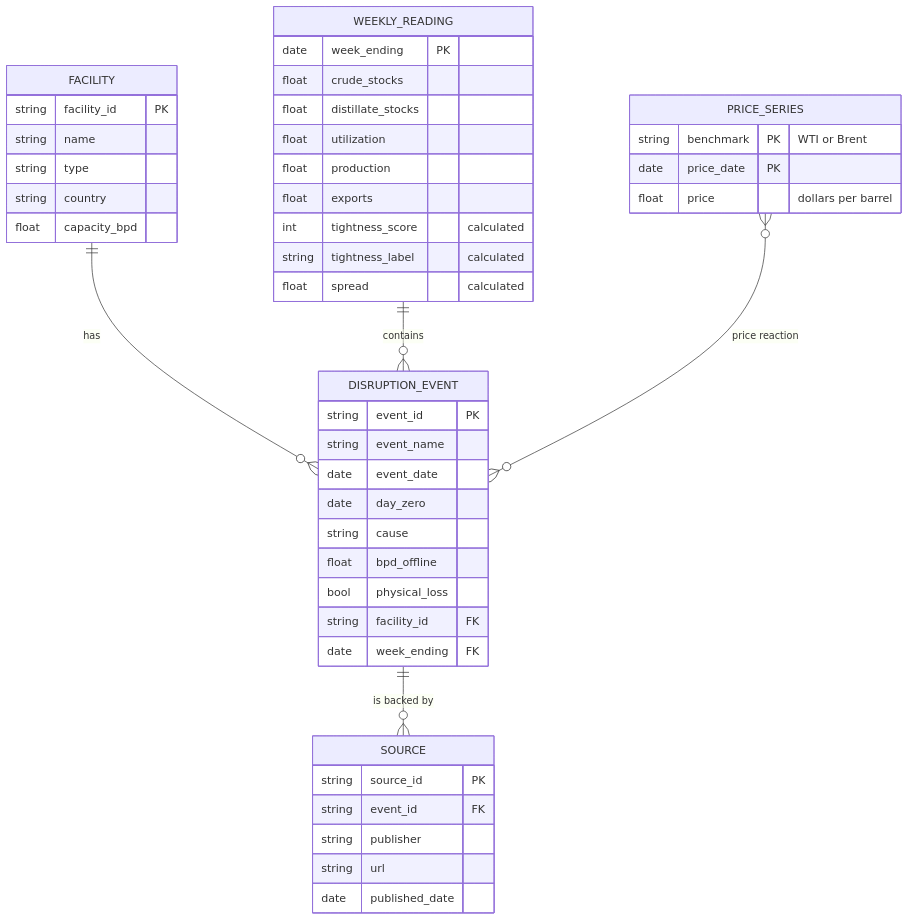
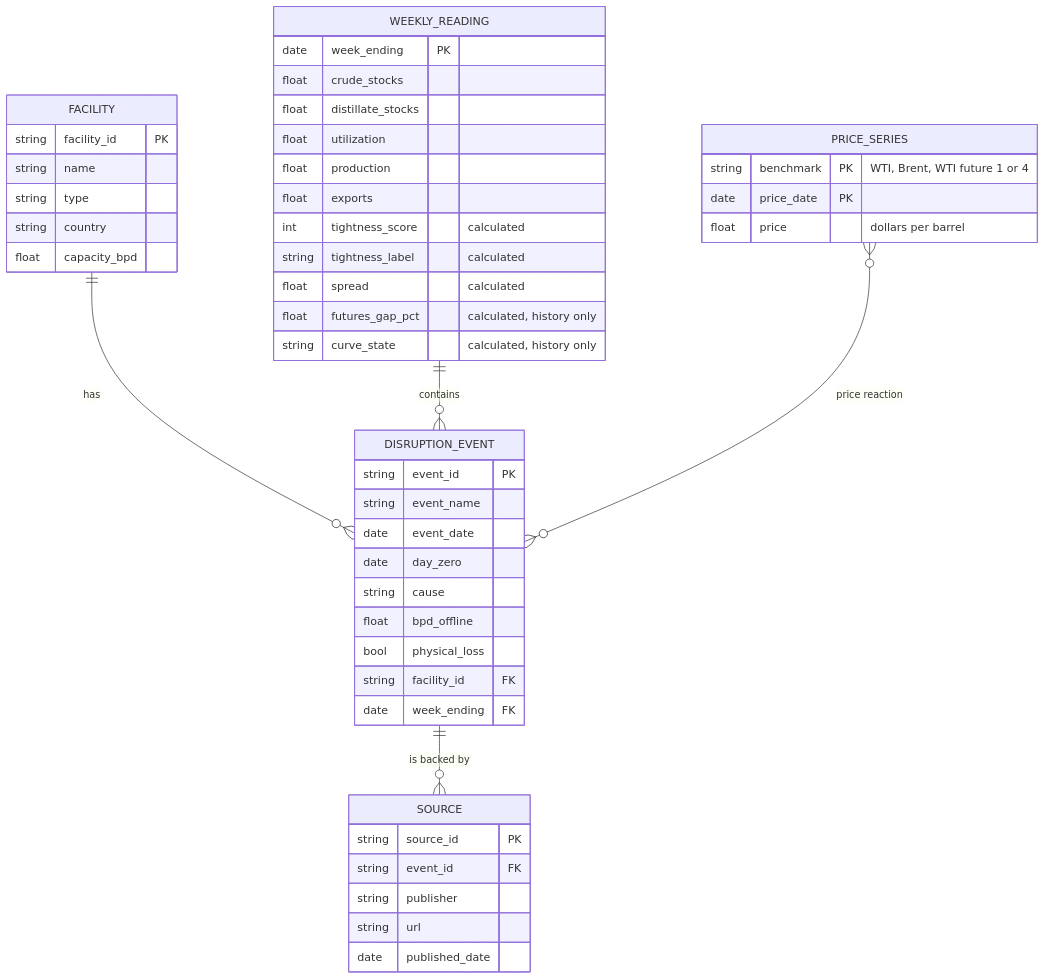
One commit to domenicguanciale/crude-market-monitor changed the diagram in README.md. Above: the diagram before and after it, drawn with Mermaid. The commit also changed other lines of this file and 13 other files, not shown here.

First line of the commit message:
Add futures curve comparison (history only, ends April 2024)

````diff
--- a/README.md
+++ b/README.md
@@ -65,49 +65,51 @@
 ```mermaid
 erDiagram
     FACILITY ||--o{ DISRUPTION_EVENT : "has"
     DISRUPTION_EVENT ||--o{ SOURCE : "is backed by"
     WEEKLY_READING ||--o{ DISRUPTION_EVENT : "contains"
     PRICE_SERIES }o--o{ DISRUPTION_EVENT : "price reaction"
 
     FACILITY {
         string facility_id PK
         string name
         string type
         string country
         float capacity_bpd
     }
     DISRUPTION_EVENT {
         string event_id PK
         string event_name
         date event_date
         date day_zero
         string cause
         float bpd_offline
         bool physical_loss
         string facility_id FK
         date week_ending FK
     }
     SOURCE {
         string source_id PK
         string event_id FK
         string publisher
         string url
         date published_date
     }
     PRICE_SERIES {
-        string benchmark PK "WTI or Brent"
+        string benchmark PK "WTI, Brent, WTI future 1 or 4"
         date price_date PK
         float price "dollars per barrel"
     }
     WEEKLY_READING {
         date week_ending PK
         float crude_stocks
         float distillate_stocks
         float utilization
         float production
         float exports
         int tightness_score "calculated"
         string tightness_label "calculated"
         float spread "calculated"
+        float futures_gap_pct "calculated, history only"
+        string curve_state "calculated, history only"
     }
 ```
````
